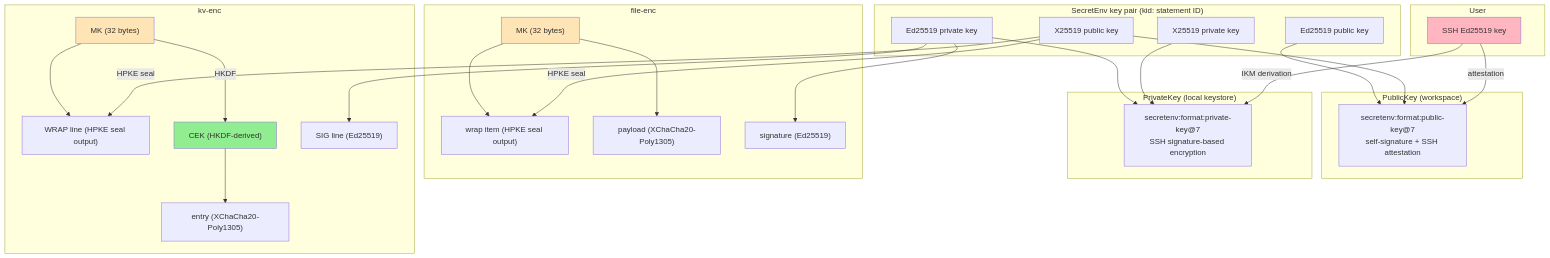
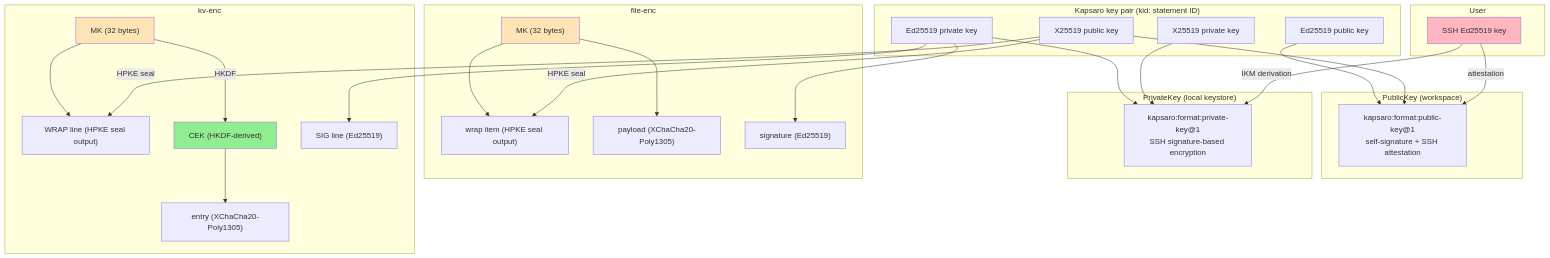
The sixth of 6 diagrams in guides/security_design_en.md (ebisawa/kapsaro), drawn with Mermaid before and after one commit. The commit also changed other lines of this file and 1011 other files, not shown here.

First line of the commit message:
chore: rebrand project from secretenv to kapsaro

````diff
--- a/guides/security_design_en.md
+++ b/guides/security_design_en.md
@@ -1431,59 +1431,59 @@
 ```mermaid
 graph TB
     subgraph user["User"]
         SSH["SSH Ed25519 key"]
     end
 
-    subgraph secretenv_keys["SecretEnv key pair (kid: statement ID)"]
+    subgraph kapsaro_keys["Kapsaro key pair (kid: statement ID)"]
         KEM_PK["X25519 public key"]
         KEM_SK["X25519 private key"]
         SIG_PK["Ed25519 public key"]
         SIG_SK["Ed25519 private key"]
     end
 
     subgraph public_key["PublicKey (workspace)"]
-        PK_DOC["secretenv:format:public-key@7<br/>self-signature + SSH attestation"]
+        PK_DOC["kapsaro:format:public-key@1<br/>self-signature + SSH attestation"]
     end
 
     subgraph private_key["PrivateKey (local keystore)"]
-        PK_ENC["secretenv:format:private-key@7<br/>SSH signature-based encryption"]
+        PK_ENC["kapsaro:format:private-key@1<br/>SSH signature-based encryption"]
     end
 
     subgraph file_enc["file-enc"]
         FILE_MK["MK (32 bytes)"]
         FILE_WRAP["wrap item (HPKE seal output)"]
         FILE_PAYLOAD["payload (XChaCha20-Poly1305)"]
         FILE_SIG["signature (Ed25519)"]
     end
 
     subgraph kv_enc["kv-enc"]
         MK["MK (32 bytes)"]
         KV_WRAP["WRAP line (HPKE seal output)"]
         CEK["CEK (HKDF-derived)"]
         ENTRY["entry (XChaCha20-Poly1305)"]
         KV_SIG["SIG line (Ed25519)"]
     end
 
     SSH -->|attestation| PK_DOC
     SSH -->|IKM derivation| PK_ENC
     KEM_PK --> PK_DOC
     SIG_PK --> PK_DOC
     KEM_SK --> PK_ENC
     SIG_SK --> PK_ENC
 
     KEM_PK -->|HPKE seal| FILE_WRAP
     KEM_PK -->|HPKE seal| KV_WRAP
     FILE_MK --> FILE_WRAP
     FILE_MK --> FILE_PAYLOAD
     SIG_SK --> FILE_SIG
 
     MK --> KV_WRAP
     MK -->|HKDF| CEK
     CEK --> ENTRY
     SIG_SK --> KV_SIG
 
     style SSH fill:#FFB6C1
     style FILE_MK fill:#FFE4B5
     style MK fill:#FFE4B5
     style CEK fill:#90EE90
 ```
````
